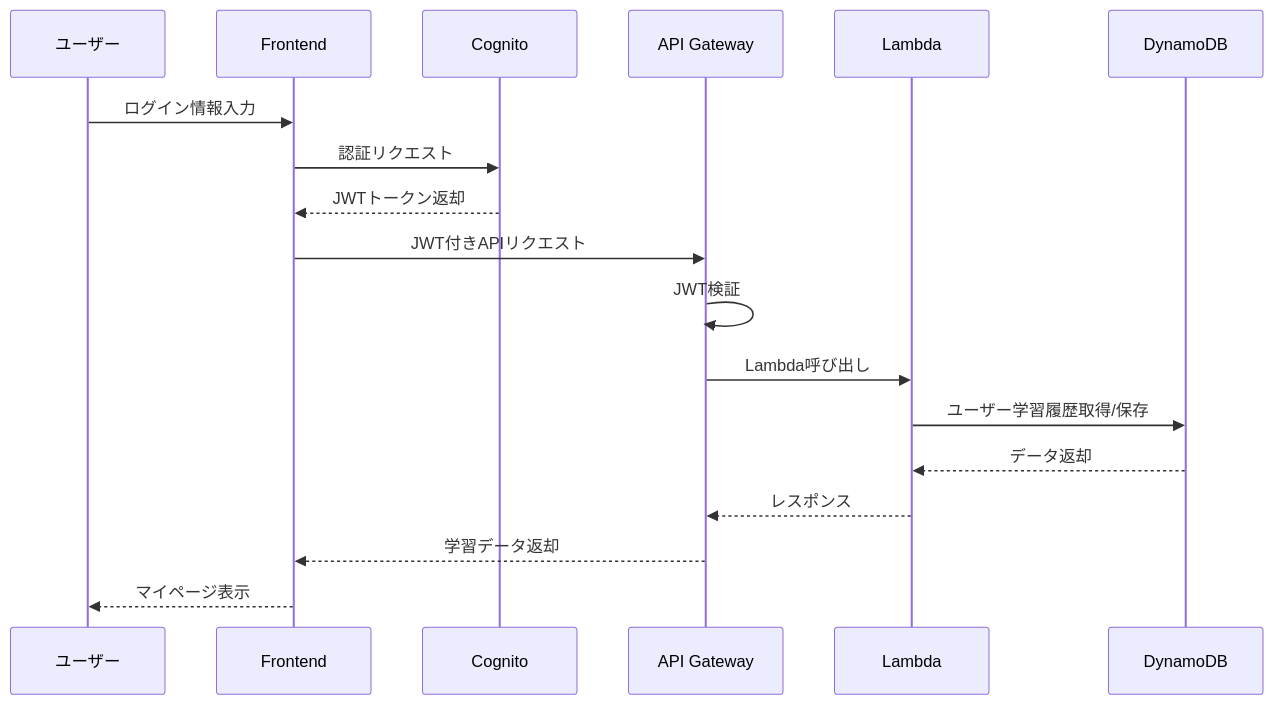
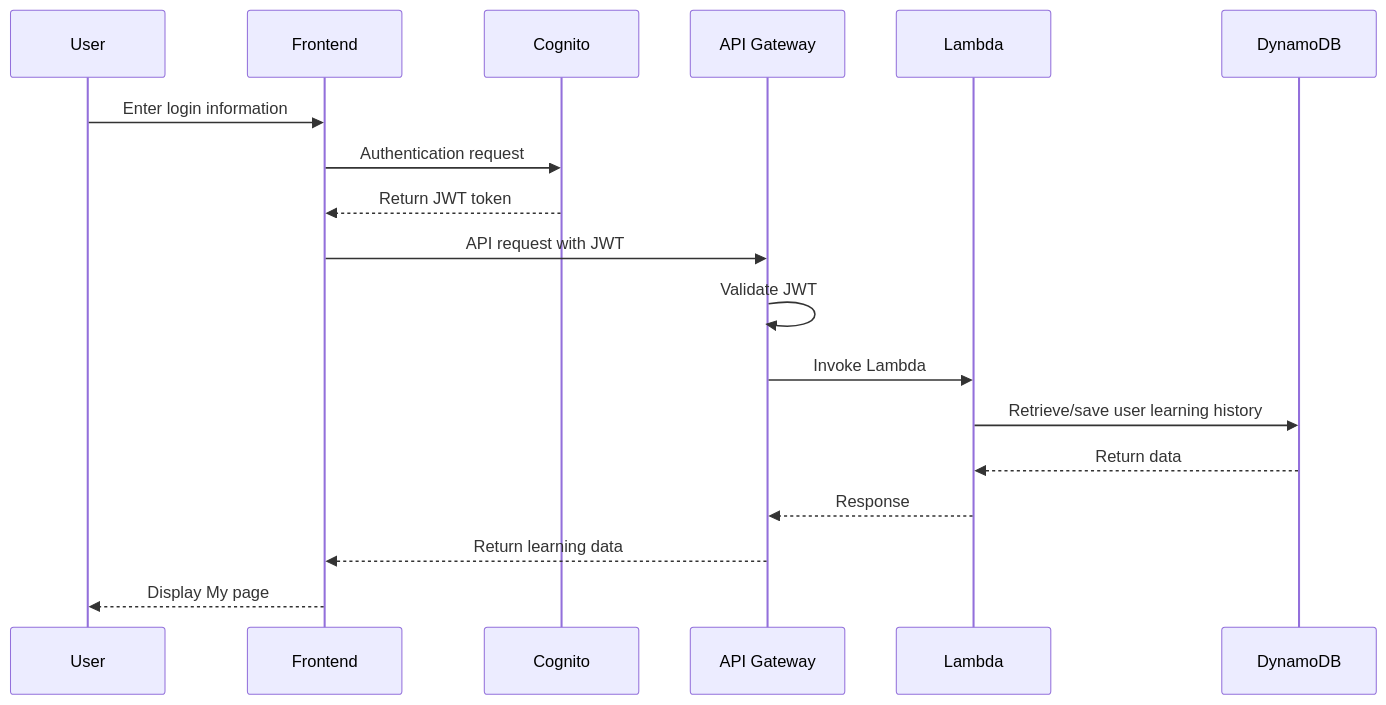
Before and after one commit to vincentmango-wen/aws-cert-roadmap-lab: the seventh of 11 diagrams in docs/designs/04_aws_architecture_design.md, drawn with Mermaid. The commit also changed other lines of this file and 117 other files, not shown here.

````diff
--- a/docs/designs/04_aws_architecture_design.md
+++ b/docs/designs/04_aws_architecture_design.md
@@ -411,21 +411,21 @@
 ```mermaid
 sequenceDiagram
-    participant U as ユーザー
+    participant U as User
     participant FE as Frontend
     participant C as Cognito
     participant API as API Gateway
     participant L as Lambda
     participant DB as DynamoDB
 
-    U->>FE: ログイン情報入力
-    FE->>C: 認証リクエスト
-    C-->>FE: JWTトークン返却
-    FE->>API: JWT付きAPIリクエスト
-    API->>API: JWT検証
-    API->>L: Lambda呼び出し
-    L->>DB: ユーザー学習履歴取得/保存
-    DB-->>L: データ返却
-    L-->>API: レスポンス
-    API-->>FE: 学習データ返却
-    FE-->>U: マイページ表示
+    U->>FE: Enter login information
+    FE->>C: Authentication request
+    C-->>FE: Return JWT token
+    FE->>API: API request with JWT
+    API->>API: Validate JWT
+    API->>L: Invoke Lambda
+    L->>DB: Retrieve/save user learning history
+    DB-->>L: Return data
+    L-->>API: Response
+    API-->>FE: Return learning data
+    FE-->>U: Display My page
 ```
````
